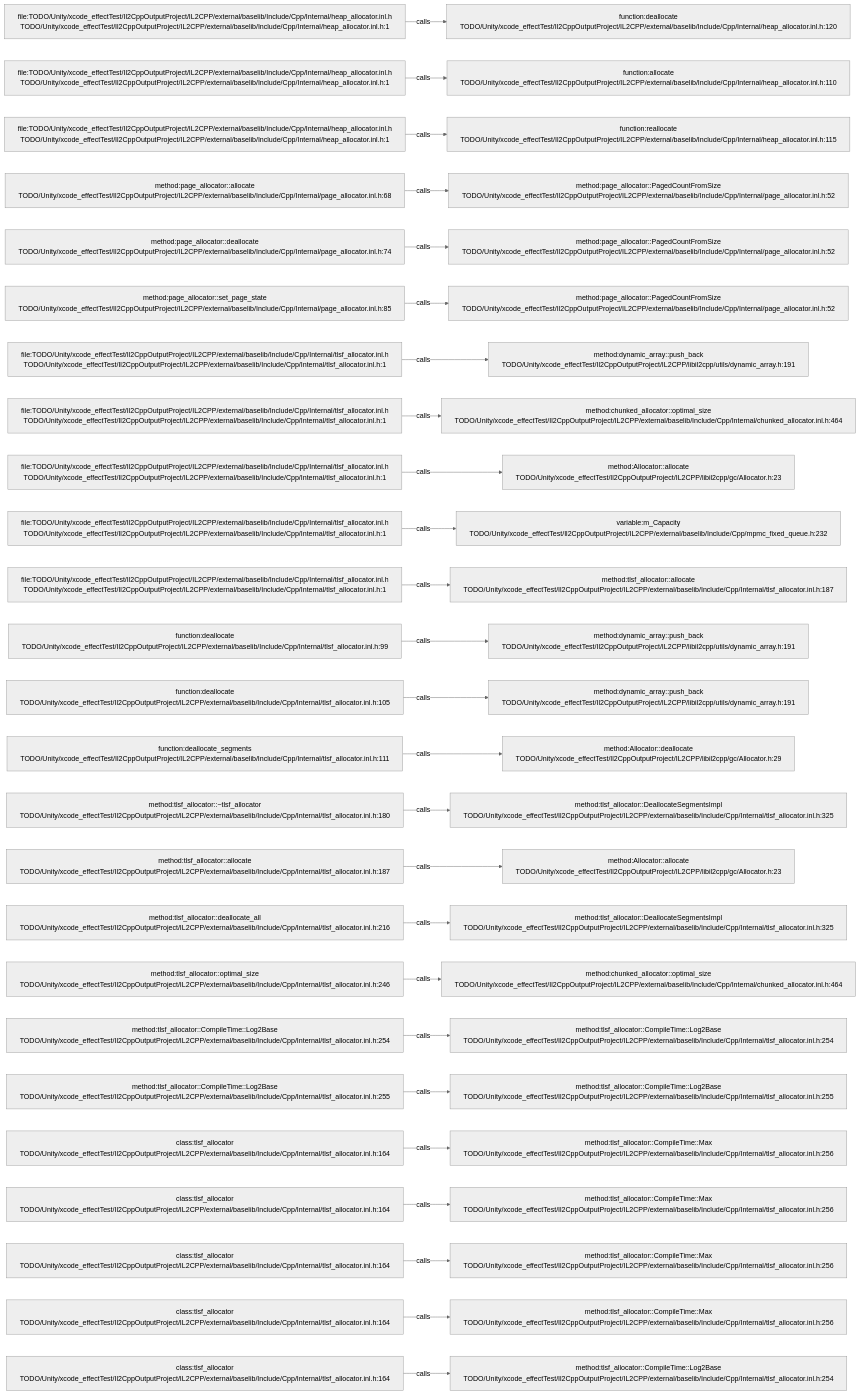
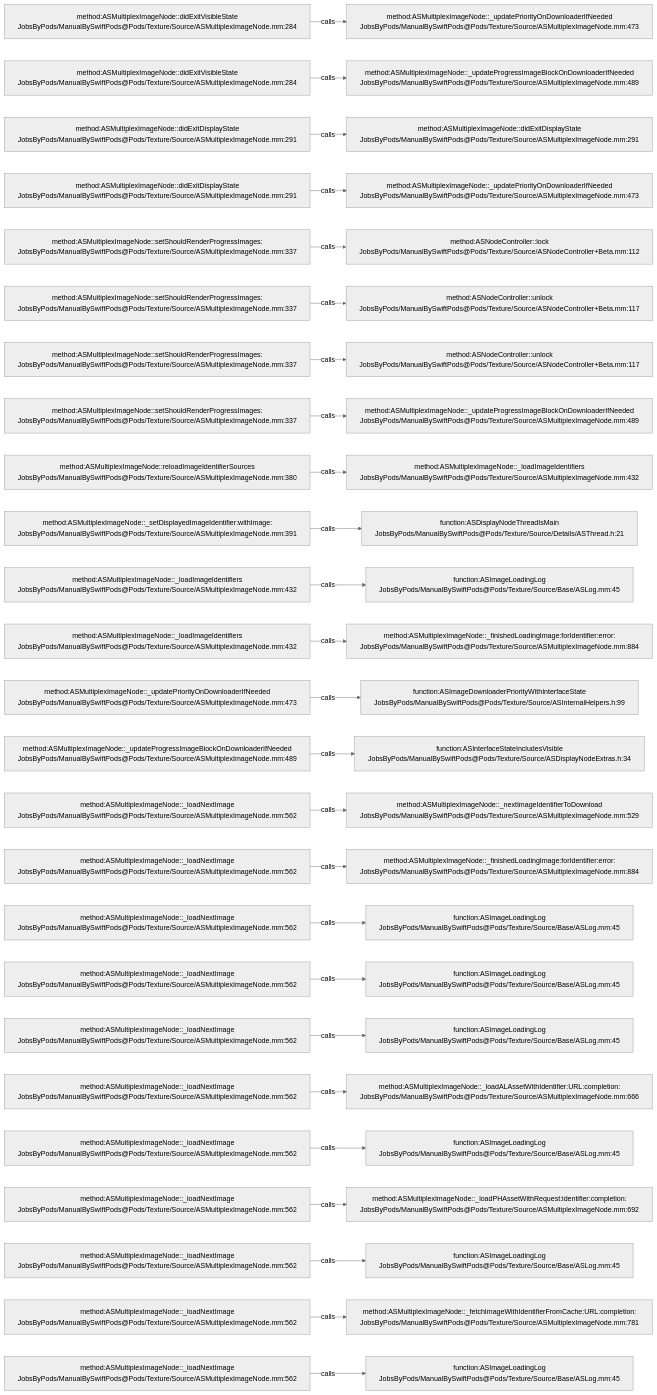
One commit to JobsKits/JobsSwiftBaseConfigDemo changed the diagram in .codegraph/codegraph.md/graphs/calls-066.md. Above: the diagram before and after it, drawn with Mermaid (neutral theme). The commit also changed 2959 other files, not shown here.

````diff
--- a/.codegraph/codegraph.md/graphs/calls-066.md
+++ b/.codegraph/codegraph.md/graphs/calls-066.md
@@ -13,78 +13,78 @@
 ```mermaid
 flowchart LR
-  S1["file:TODO/Unity/xcode_effectTest/Il2CppOutputProject/IL2CPP/external/baselib/Include/Cpp/Internal/heap_allocator.inl.h<br/>TODO/Unity/xcode_effectTest/Il2CppOutputProject/IL2CPP/external/baselib/Include/Cpp/Internal/heap_allocator.inl.h:1"]
-  T1["function:deallocate<br/>TODO/Unity/xcode_effectTest/Il2CppOutputProject/IL2CPP/external/baselib/Include/Cpp/Internal/heap_allocator.inl.h:120"]
+  S1["method:ASMultiplexImageNode::didExitVisibleState<br/>JobsByPods/ManualBySwiftPods@Pods/Texture/Source/ASMultiplexImageNode.mm:284"]
+  T1["method:ASMultiplexImageNode::_updatePriorityOnDownloaderIfNeeded<br/>JobsByPods/ManualBySwiftPods@Pods/Texture/Source/ASMultiplexImageNode.mm:473"]
   S1 -->|calls| T1
-  S2["file:TODO/Unity/xcode_effectTest/Il2CppOutputProject/IL2CPP/external/baselib/Include/Cpp/Internal/heap_allocator.inl.h<br/>TODO/Unity/xcode_effectTest/Il2CppOutputProject/IL2CPP/external/baselib/Include/Cpp/Internal/heap_allocator.inl.h:1"]
-  T2["function:allocate<br/>TODO/Unity/xcode_effectTest/Il2CppOutputProject/IL2CPP/external/baselib/Include/Cpp/Internal/heap_allocator.inl.h:110"]
+  S2["method:ASMultiplexImageNode::didExitVisibleState<br/>JobsByPods/ManualBySwiftPods@Pods/Texture/Source/ASMultiplexImageNode.mm:284"]
+  T2["method:ASMultiplexImageNode::_updateProgressImageBlockOnDownloaderIfNeeded<br/>JobsByPods/ManualBySwiftPods@Pods/Texture/Source/ASMultiplexImageNode.mm:489"]
   S2 -->|calls| T2
-  S3["file:TODO/Unity/xcode_effectTest/Il2CppOutputProject/IL2CPP/external/baselib/Include/Cpp/Internal/heap_allocator.inl.h<br/>TODO/Unity/xcode_effectTest/Il2CppOutputProject/IL2CPP/external/baselib/Include/Cpp/Internal/heap_allocator.inl.h:1"]
-  T3["function:reallocate<br/>TODO/Unity/xcode_effectTest/Il2CppOutputProject/IL2CPP/external/baselib/Include/Cpp/Internal/heap_allocator.inl.h:115"]
+  S3["method:ASMultiplexImageNode::didExitDisplayState<br/>JobsByPods/ManualBySwiftPods@Pods/Texture/Source/ASMultiplexImageNode.mm:291"]
+  T3["method:ASMultiplexImageNode::didExitDisplayState<br/>JobsByPods/ManualBySwiftPods@Pods/Texture/Source/ASMultiplexImageNode.mm:291"]
   S3 -->|calls| T3
-  S4["method:page_allocator::allocate<br/>TODO/Unity/xcode_effectTest/Il2CppOutputProject/IL2CPP/external/baselib/Include/Cpp/Internal/page_allocator.inl.h:68"]
-  T4["method:page_allocator::PagedCountFromSize<br/>TODO/Unity/xcode_effectTest/Il2CppOutputProject/IL2CPP/external/baselib/Include/Cpp/Internal/page_allocator.inl.h:52"]
+  S4["method:ASMultiplexImageNode::didExitDisplayState<br/>JobsByPods/ManualBySwiftPods@Pods/Texture/Source/ASMultiplexImageNode.mm:291"]
+  T4["method:ASMultiplexImageNode::_updatePriorityOnDownloaderIfNeeded<br/>JobsByPods/ManualBySwiftPods@Pods/Texture/Source/ASMultiplexImageNode.mm:473"]
   S4 -->|calls| T4
-  S5["method:page_allocator::deallocate<br/>TODO/Unity/xcode_effectTest/Il2CppOutputProject/IL2CPP/external/baselib/Include/Cpp/Internal/page_allocator.inl.h:74"]
-  T5["method:page_allocator::PagedCountFromSize<br/>TODO/Unity/xcode_effectTest/Il2CppOutputProject/IL2CPP/external/baselib/Include/Cpp/Internal/page_allocator.inl.h:52"]
+  S5["method:ASMultiplexImageNode::setShouldRenderProgressImages:<br/>JobsByPods/ManualBySwiftPods@Pods/Texture/Source/ASMultiplexImageNode.mm:337"]
+  T5["method:ASNodeController::lock<br/>JobsByPods/ManualBySwiftPods@Pods/Texture/Source/ASNodeController+Beta.mm:112"]
   S5 -->|calls| T5
-  S6["method:page_allocator::set_page_state<br/>TODO/Unity/xcode_effectTest/Il2CppOutputProject/IL2CPP/external/baselib/Include/Cpp/Internal/page_allocator.inl.h:85"]
-  T6["method:page_allocator::PagedCountFromSize<br/>TODO/Unity/xcode_effectTest/Il2CppOutputProject/IL2CPP/external/baselib/Include/Cpp/Internal/page_allocator.inl.h:52"]
+  S6["method:ASMultiplexImageNode::setShouldRenderProgressImages:<br/>JobsByPods/ManualBySwiftPods@Pods/Texture/Source/ASMultiplexImageNode.mm:337"]
+  T6["method:ASNodeController::unlock<br/>JobsByPods/ManualBySwiftPods@Pods/Texture/Source/ASNodeController+Beta.mm:117"]
   S6 -->|calls| T6
-  S7["file:TODO/Unity/xcode_effectTest/Il2CppOutputProject/IL2CPP/external/baselib/Include/Cpp/Internal/tlsf_allocator.inl.h<br/>TODO/Unity/xcode_effectTest/Il2CppOutputProject/IL2CPP/external/baselib/Include/Cpp/Internal/tlsf_allocator.inl.h:1"]
-  T7["method:dynamic_array::push_back<br/>TODO/Unity/xcode_effectTest/Il2CppOutputProject/IL2CPP/libil2cpp/utils/dynamic_array.h:191"]
+  S7["method:ASMultiplexImageNode::setShouldRenderProgressImages:<br/>JobsByPods/ManualBySwiftPods@Pods/Texture/Source/ASMultiplexImageNode.mm:337"]
+  T7["method:ASNodeController::unlock<br/>JobsByPods/ManualBySwiftPods@Pods/Texture/Source/ASNodeController+Beta.mm:117"]
   S7 -->|calls| T7
-  S8["file:TODO/Unity/xcode_effectTest/Il2CppOutputProject/IL2CPP/external/baselib/Include/Cpp/Internal/tlsf_allocator.inl.h<br/>TODO/Unity/xcode_effectTest/Il2CppOutputProject/IL2CPP/external/baselib/Include/Cpp/Internal/tlsf_allocator.inl.h:1"]
-  T8["method:chunked_allocator::optimal_size<br/>TODO/Unity/xcode_effectTest/Il2CppOutputProject/IL2CPP/external/baselib/Include/Cpp/Internal/chunked_allocator.inl.h:464"]
+  S8["method:ASMultiplexImageNode::setShouldRenderProgressImages:<br/>JobsByPods/ManualBySwiftPods@Pods/Texture/Source/ASMultiplexImageNode.mm:337"]
+  T8["method:ASMultiplexImageNode::_updateProgressImageBlockOnDownloaderIfNeeded<br/>JobsByPods/ManualBySwiftPods@Pods/Texture/Source/ASMultiplexImageNode.mm:489"]
   S8 -->|calls| T8
-  S9["file:TODO/Unity/xcode_effectTest/Il2CppOutputProject/IL2CPP/external/baselib/Include/Cpp/Internal/tlsf_allocator.inl.h<br/>TODO/Unity/xcode_effectTest/Il2CppOutputProject/IL2CPP/external/baselib/Include/Cpp/Internal/tlsf_allocator.inl.h:1"]
-  T9["method:Allocator::allocate<br/>TODO/Unity/xcode_effectTest/Il2CppOutputProject/IL2CPP/libil2cpp/gc/Allocator.h:23"]
+  S9["method:ASMultiplexImageNode::reloadImageIdentifierSources<br/>JobsByPods/ManualBySwiftPods@Pods/Texture/Source/ASMultiplexImageNode.mm:380"]
+  T9["method:ASMultiplexImageNode::_loadImageIdentifiers<br/>JobsByPods/ManualBySwiftPods@Pods/Texture/Source/ASMultiplexImageNode.mm:432"]
   S9 -->|calls| T9
-  S10["file:TODO/Unity/xcode_effectTest/Il2CppOutputProject/IL2CPP/external/baselib/Include/Cpp/Internal/tlsf_allocator.inl.h<br/>TODO/Unity/xcode_effectTest/Il2CppOutputProject/IL2CPP/external/baselib/Include/Cpp/Internal/tlsf_allocator.inl.h:1"]
-  T10["variable:m_Capacity<br/>TODO/Unity/xcode_effectTest/Il2CppOutputProject/IL2CPP/external/baselib/Include/Cpp/mpmc_fixed_queue.h:232"]
+  S10["method:ASMultiplexImageNode::_setDisplayedImageIdentifier:withImage:<br/>JobsByPods/ManualBySwiftPods@Pods/Texture/Source/ASMultiplexImageNode.mm:391"]
+  T10["function:ASDisplayNodeThreadIsMain<br/>JobsByPods/ManualBySwiftPods@Pods/Texture/Source/Details/ASThread.h:21"]
   S10 -->|calls| T10
-  S11["file:TODO/Unity/xcode_effectTest/Il2CppOutputProject/IL2CPP/external/baselib/Include/Cpp/Internal/tlsf_allocator.inl.h<br/>TODO/Unity/xcode_effectTest/Il2CppOutputProject/IL2CPP/external/baselib/Include/Cpp/Internal/tlsf_allocator.inl.h:1"]
-  T11["method:tlsf_allocator::allocate<br/>TODO/Unity/xcode_effectTest/Il2CppOutputProject/IL2CPP/external/baselib/Include/Cpp/Internal/tlsf_allocator.inl.h:187"]
+  S11["method:ASMultiplexImageNode::_loadImageIdentifiers<br/>JobsByPods/ManualBySwiftPods@Pods/Texture/Source/ASMultiplexImageNode.mm:432"]
+  T11["function:ASImageLoadingLog<br/>JobsByPods/ManualBySwiftPods@Pods/Texture/Source/Base/ASLog.mm:45"]
   S11 -->|calls| T11
-  S12["function:deallocate<br/>TODO/Unity/xcode_effectTest/Il2CppOutputProject/IL2CPP/external/baselib/Include/Cpp/Internal/tlsf_allocator.inl.h:99"]
-  T12["method:dynamic_array::push_back<br/>TODO/Unity/xcode_effectTest/Il2CppOutputProject/IL2CPP/libil2cpp/utils/dynamic_array.h:191"]
+  S12["method:ASMultiplexImageNode::_loadImageIdentifiers<br/>JobsByPods/ManualBySwiftPods@Pods/Texture/Source/ASMultiplexImageNode.mm:432"]
+  T12["method:ASMultiplexImageNode::_finishedLoadingImage:forIdentifier:error:<br/>JobsByPods/ManualBySwiftPods@Pods/Texture/Source/ASMultiplexImageNode.mm:884"]
   S12 -->|calls| T12
-  S13["function:deallocate<br/>TODO/Unity/xcode_effectTest/Il2CppOutputProject/IL2CPP/external/baselib/Include/Cpp/Internal/tlsf_allocator.inl.h:105"]
-  T13["method:dynamic_array::push_back<br/>TODO/Unity/xcode_effectTest/Il2CppOutputProject/IL2CPP/libil2cpp/utils/dynamic_array.h:191"]
+  S13["method:ASMultiplexImageNode::_updatePriorityOnDownloaderIfNeeded<br/>JobsByPods/ManualBySwiftPods@Pods/Texture/Source/ASMultiplexImageNode.mm:473"]
+  T13["function:ASImageDownloaderPriorityWithInterfaceState<br/>JobsByPods/ManualBySwiftPods@Pods/Texture/Source/ASInternalHelpers.h:99"]
   S13 -->|calls| T13
-  S14["function:deallocate_segments<br/>TODO/Unity/xcode_effectTest/Il2CppOutputProject/IL2CPP/external/baselib/Include/Cpp/Internal/tlsf_allocator.inl.h:111"]
-  T14["method:Allocator::deallocate<br/>TODO/Unity/xcode_effectTest/Il2CppOutputProject/IL2CPP/libil2cpp/gc/Allocator.h:29"]
+  S14["method:ASMultiplexImageNode::_updateProgressImageBlockOnDownloaderIfNeeded<br/>JobsByPods/ManualBySwiftPods@Pods/Texture/Source/ASMultiplexImageNode.mm:489"]
+  T14["function:ASInterfaceStateIncludesVisible<br/>JobsByPods/ManualBySwiftPods@Pods/Texture/Source/ASDisplayNodeExtras.h:34"]
   S14 -->|calls| T14
-  S15["method:tlsf_allocator::~tlsf_allocator<br/>TODO/Unity/xcode_effectTest/Il2CppOutputProject/IL2CPP/external/baselib/Include/Cpp/Internal/tlsf_allocator.inl.h:180"]
-  T15["method:tlsf_allocator::DeallocateSegmentsImpl<br/>TODO/Unity/xcode_effectTest/Il2CppOutputProject/IL2CPP/external/baselib/Include/Cpp/Internal/tlsf_allocator.inl.h:325"]
+  S15["method:ASMultiplexImageNode::_loadNextImage<br/>JobsByPods/ManualBySwiftPods@Pods/Texture/Source/ASMultiplexImageNode.mm:562"]
+  T15["method:ASMultiplexImageNode::_nextImageIdentifierToDownload<br/>JobsByPods/ManualBySwiftPods@Pods/Texture/Source/ASMultiplexImageNode.mm:529"]
   S15 -->|calls| T15
-  S16["method:tlsf_allocator::allocate<br/>TODO/Unity/xcode_effectTest/Il2CppOutputProject/IL2CPP/external/baselib/Include/Cpp/Internal/tlsf_allocator.inl.h:187"]
-  T16["method:Allocator::allocate<br/>TODO/Unity/xcode_effectTest/Il2CppOutputProject/IL2CPP/libil2cpp/gc/Allocator.h:23"]
+  S16["method:ASMultiplexImageNode::_loadNextImage<br/>JobsByPods/ManualBySwiftPods@Pods/Texture/Source/ASMultiplexImageNode.mm:562"]
+  T16["method:ASMultiplexImageNode::_finishedLoadingImage:forIdentifier:error:<br/>JobsByPods/ManualBySwiftPods@Pods/Texture/Source/ASMultiplexImageNode.mm:884"]
   S16 -->|calls| T16
-  S17["method:tlsf_allocator::deallocate_all<br/>TODO/Unity/xcode_effectTest/Il2CppOutputProject/IL2CPP/external/baselib/Include/Cpp/Internal/tlsf_allocator.inl.h:216"]
-  T17["method:tlsf_allocator::DeallocateSegmentsImpl<br/>TODO/Unity/xcode_effectTest/Il2CppOutputProject/IL2CPP/external/baselib/Include/Cpp/Internal/tlsf_allocator.inl.h:325"]
+  S17["method:ASMultiplexImageNode::_loadNextImage<br/>JobsByPods/ManualBySwiftPods@Pods/Texture/Source/ASMultiplexImageNode.mm:562"]
+  T17["function:ASImageLoadingLog<br/>JobsByPods/ManualBySwiftPods@Pods/Texture/Source/Base/ASLog.mm:45"]
   S17 -->|calls| T17
-  S18["method:tlsf_allocator::optimal_size<br/>TODO/Unity/xcode_effectTest/Il2CppOutputProject/IL2CPP/external/baselib/Include/Cpp/Internal/tlsf_allocator.inl.h:246"]
-  T18["method:chunked_allocator::optimal_size<br/>TODO/Unity/xcode_effectTest/Il2CppOutputProject/IL2CPP/external/baselib/Include/Cpp/Internal/chunked_allocator.inl.h:464"]
+  S18["method:ASMultiplexImageNode::_loadNextImage<br/>JobsByPods/ManualBySwiftPods@Pods/Texture/Source/ASMultiplexImageNode.mm:562"]
+  T18["function:ASImageLoadingLog<br/>JobsByPods/ManualBySwiftPods@Pods/Texture/Source/Base/ASLog.mm:45"]
   S18 -->|calls| T18
-  S19["method:tlsf_allocator::CompileTime::Log2Base<br/>TODO/Unity/xcode_effectTest/Il2CppOutputProject/IL2CPP/external/baselib/Include/Cpp/Internal/tlsf_allocator.inl.h:254"]
-  T19["method:tlsf_allocator::CompileTime::Log2Base<br/>TODO/Unity/xcode_effectTest/Il2CppOutputProject/IL2CPP/external/baselib/Include/Cpp/Internal/tlsf_allocator.inl.h:254"]
+  S19["method:ASMultiplexImageNode::_loadNextImage<br/>JobsByPods/ManualBySwiftPods@Pods/Texture/Source/ASMultiplexImageNode.mm:562"]
+  T19["function:ASImageLoadingLog<br/>JobsByPods/ManualBySwiftPods@Pods/Texture/Source/Base/ASLog.mm:45"]
   S19 -->|calls| T19
-  S20["method:tlsf_allocator::CompileTime::Log2Base<br/>TODO/Unity/xcode_effectTest/Il2CppOutputProject/IL2CPP/external/baselib/Include/Cpp/Internal/tlsf_allocator.inl.h:255"]
-  T20["method:tlsf_allocator::CompileTime::Log2Base<br/>TODO/Unity/xcode_effectTest/Il2CppOutputProject/IL2CPP/external/baselib/Include/Cpp/Internal/tlsf_allocator.inl.h:255"]
+  S20["method:ASMultiplexImageNode::_loadNextImage<br/>JobsByPods/ManualBySwiftPods@Pods/Texture/Source/ASMultiplexImageNode.mm:562"]
+  T20["method:ASMultiplexImageNode::_loadALAssetWithIdentifier:URL:completion:<br/>JobsByPods/ManualBySwiftPods@Pods/Texture/Source/ASMultiplexImageNode.mm:666"]
   S20 -->|calls| T20
-  S21["class:tlsf_allocator<br/>TODO/Unity/xcode_effectTest/Il2CppOutputProject/IL2CPP/external/baselib/Include/Cpp/Internal/tlsf_allocator.inl.h:164"]
-  T21["method:tlsf_allocator::CompileTime::Max<br/>TODO/Unity/xcode_effectTest/Il2CppOutputProject/IL2CPP/external/baselib/Include/Cpp/Internal/tlsf_allocator.inl.h:256"]
+  S21["method:ASMultiplexImageNode::_loadNextImage<br/>JobsByPods/ManualBySwiftPods@Pods/Texture/Source/ASMultiplexImageNode.mm:562"]
+  T21["function:ASImageLoadingLog<br/>JobsByPods/ManualBySwiftPods@Pods/Texture/Source/Base/ASLog.mm:45"]
   S21 -->|calls| T21
-  S22["class:tlsf_allocator<br/>TODO/Unity/xcode_effectTest/Il2CppOutputProject/IL2CPP/external/baselib/Include/Cpp/Internal/tlsf_allocator.inl.h:164"]
-  T22["method:tlsf_allocator::CompileTime::Max<br/>TODO/Unity/xcode_effectTest/Il2CppOutputProject/IL2CPP/external/baselib/Include/Cpp/Internal/tlsf_allocator.inl.h:256"]
+  S22["method:ASMultiplexImageNode::_loadNextImage<br/>JobsByPods/ManualBySwiftPods@Pods/Texture/Source/ASMultiplexImageNode.mm:562"]
+  T22["method:ASMultiplexImageNode::_loadPHAssetWithRequest:identifier:completion:<br/>JobsByPods/ManualBySwiftPods@Pods/Texture/Source/ASMultiplexImageNode.mm:692"]
   S22 -->|calls| T22
-  S23["class:tlsf_allocator<br/>TODO/Unity/xcode_effectTest/Il2CppOutputProject/IL2CPP/external/baselib/Include/Cpp/Internal/tlsf_allocator.inl.h:164"]
-  T23["method:tlsf_allocator::CompileTime::Max<br/>TODO/Unity/xcode_effectTest/Il2CppOutputProject/IL2CPP/external/baselib/Include/Cpp/Internal/tlsf_allocator.inl.h:256"]
+  S23["method:ASMultiplexImageNode::_loadNextImage<br/>JobsByPods/ManualBySwiftPods@Pods/Texture/Source/ASMultiplexImageNode.mm:562"]
+  T23["function:ASImageLoadingLog<br/>JobsByPods/ManualBySwiftPods@Pods/Texture/Source/Base/ASLog.mm:45"]
   S23 -->|calls| T23
-  S24["class:tlsf_allocator<br/>TODO/Unity/xcode_effectTest/Il2CppOutputProject/IL2CPP/external/baselib/Include/Cpp/Internal/tlsf_allocator.inl.h:164"]
-  T24["method:tlsf_allocator::CompileTime::Max<br/>TODO/Unity/xcode_effectTest/Il2CppOutputProject/IL2CPP/external/baselib/Include/Cpp/Internal/tlsf_allocator.inl.h:256"]
+  S24["method:ASMultiplexImageNode::_loadNextImage<br/>JobsByPods/ManualBySwiftPods@Pods/Texture/Source/ASMultiplexImageNode.mm:562"]
+  T24["method:ASMultiplexImageNode::_fetchImageWithIdentifierFromCache:URL:completion:<br/>JobsByPods/ManualBySwiftPods@Pods/Texture/Source/ASMultiplexImageNode.mm:781"]
   S24 -->|calls| T24
-  S25["class:tlsf_allocator<br/>TODO/Unity/xcode_effectTest/Il2CppOutputProject/IL2CPP/external/baselib/Include/Cpp/Internal/tlsf_allocator.inl.h:164"]
-  T25["method:tlsf_allocator::CompileTime::Log2Base<br/>TODO/Unity/xcode_effectTest/Il2CppOutputProject/IL2CPP/external/baselib/Include/Cpp/Internal/tlsf_allocator.inl.h:254"]
+  S25["method:ASMultiplexImageNode::_loadNextImage<br/>JobsByPods/ManualBySwiftPods@Pods/Texture/Source/ASMultiplexImageNode.mm:562"]
+  T25["function:ASImageLoadingLog<br/>JobsByPods/ManualBySwiftPods@Pods/Texture/Source/Base/ASLog.mm:45"]
   S25 -->|calls| T25
 ```
````
